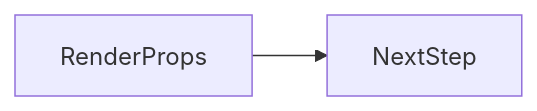
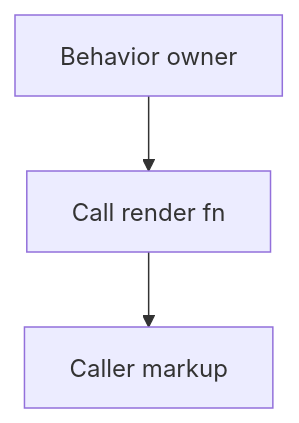
The second of 3 diagrams in docs/en/22-design-patterns/render-props/index.md (OmidJavaherii/Frontend-Engineering-Handbook), drawn with Mermaid before and after one commit. The commit also changed other lines of this file and 461 other files, not shown here.

````diff
--- a/docs/en/22-design-patterns/render-props/index.md
+++ b/docs/en/22-design-patterns/render-props/index.md
@@ -95,4 +113,5 @@
 ```mermaid
-flowchart LR
-  concept[RenderProps] --> nextStep[NextStep]
+flowchart TD
+  n0[Behavior owner] --> n1[Call render fn]
+  n1[Call render fn] --> n2[Caller markup]
 ```
````
